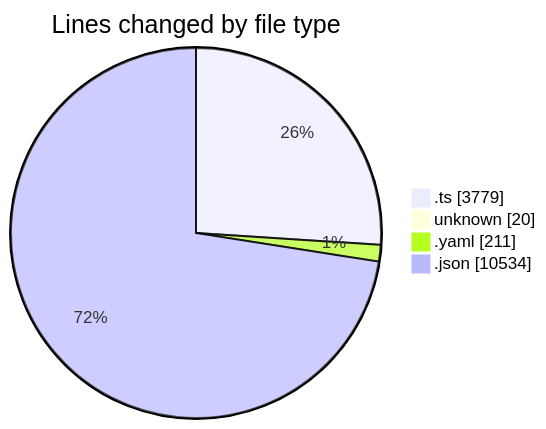
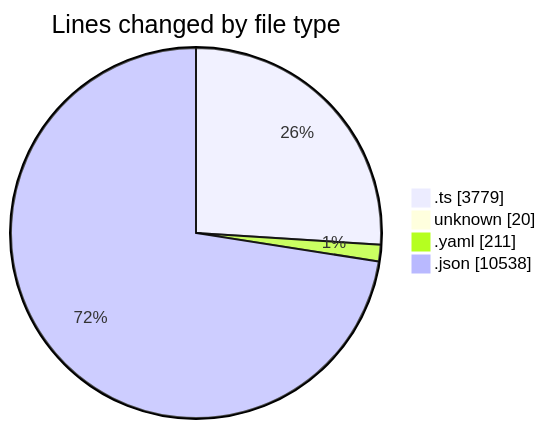
One commit to mevix1/code-tracking changed the first of 2 diagrams in 2025-10-01/oura-api/README.md. Above: the diagram before and after it, drawn with Mermaid. The commit also changed other lines of this file and 1 other file, not shown here.

````diff
--- a/2025-10-01/oura-api/README.md
+++ b/2025-10-01/oura-api/README.md
@@ -53,8 +53,8 @@
 ```mermaid
 pie showData
 title Lines changed by file type
 ".ts" : 3779
 "unknown" : 20
 ".yaml" : 211
-".json" : 10534
+".json" : 10538
 ```
````
